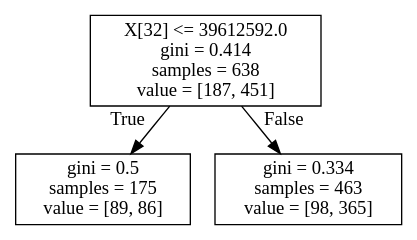
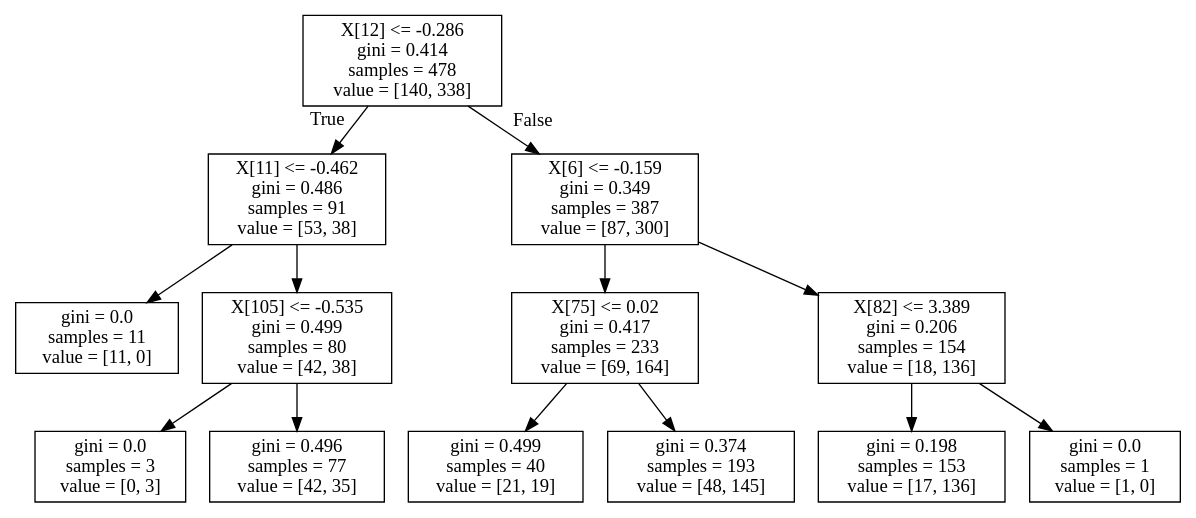
The diagram in Project2/iris_dtc.dot (diogohalmeida/FEUP-IART-PROJ), drawn with Graphviz before and after one commit. The commit also changed 3 other files, not shown here.

```diff
--- a/Project2/iris_dtc.dot
+++ b/Project2/iris_dtc.dot
@@ -1,8 +1,28 @@
 digraph Tree {
 node [shape=box] ;
-0 [label="X[32] <= 39612592.0\ngini = 0.414\nsamples = 638\nvalue = [187, 451]"] ;
-1 [label="gini = 0.5\nsamples = 175\nvalue = [89, 86]"] ;
+0 [label="X[12] <= -0.286\ngini = 0.414\nsamples = 478\nvalue = [140, 338]"] ;
+1 [label="X[11] <= -0.462\ngini = 0.486\nsamples = 91\nvalue = [53, 38]"] ;
 0 -> 1 [labeldistance=2.5, labelangle=45, headlabel="True"] ;
-2 [label="gini = 0.334\nsamples = 463\nvalue = [98, 365]"] ;
-0 -> 2 [labeldistance=2.5, labelangle=-45, headlabel="False"] ;
+2 [label="gini = 0.0\nsamples = 11\nvalue = [11, 0]"] ;
+1 -> 2 ;
+3 [label="X[105] <= -0.535\ngini = 0.499\nsamples = 80\nvalue = [42, 38]"] ;
+1 -> 3 ;
+4 [label="gini = 0.0\nsamples = 3\nvalue = [0, 3]"] ;
+3 -> 4 ;
+5 [label="gini = 0.496\nsamples = 77\nvalue = [42, 35]"] ;
+3 -> 5 ;
+6 [label="X[6] <= -0.159\ngini = 0.349\nsamples = 387\nvalue = [87, 300]"] ;
+0 -> 6 [labeldistance=2.5, labelangle=-45, headlabel="False"] ;
+7 [label="X[75] <= 0.02\ngini = 0.417\nsamples = 233\nvalue = [69, 164]"] ;
+6 -> 7 ;
+8 [label="gini = 0.499\nsamples = 40\nvalue = [21, 19]"] ;
+7 -> 8 ;
+9 [label="gini = 0.374\nsamples = 193\nvalue = [48, 145]"] ;
+7 -> 9 ;
+10 [label="X[82] <= 3.389\ngini = 0.206\nsamples = 154\nvalue = [18, 136]"] ;
+6 -> 10 ;
+11 [label="gini = 0.198\nsamples = 153\nvalue = [17, 136]"] ;
+10 -> 11 ;
+12 [label="gini = 0.0\nsamples = 1\nvalue = [1, 0]"] ;
+10 -> 12 ;
 }
```
